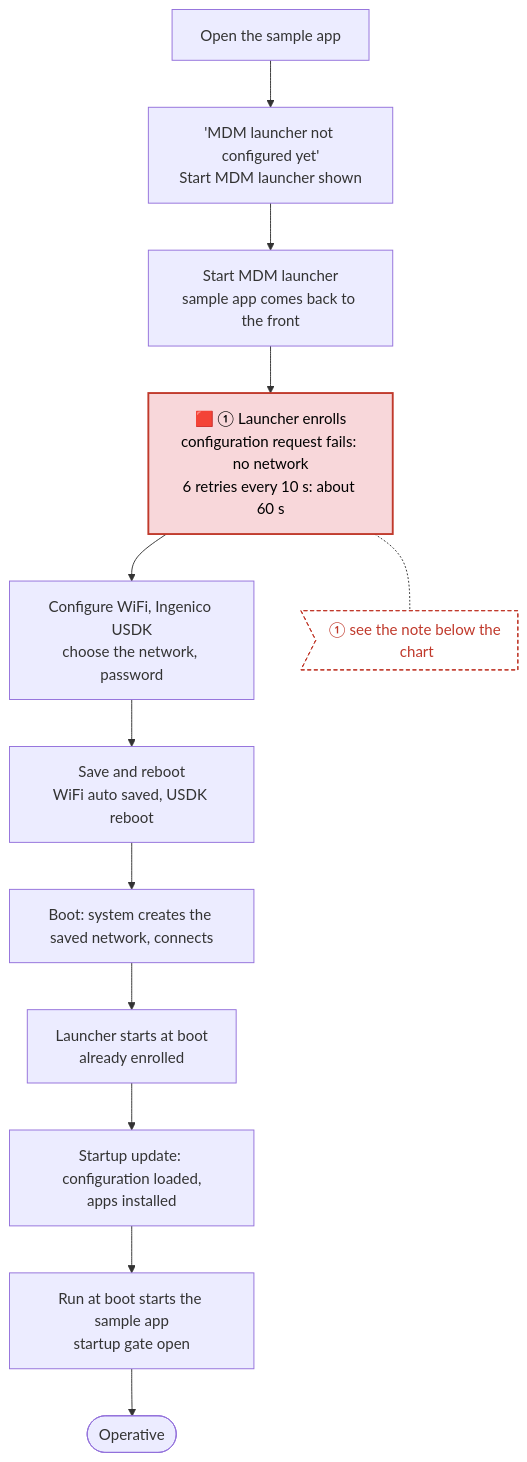
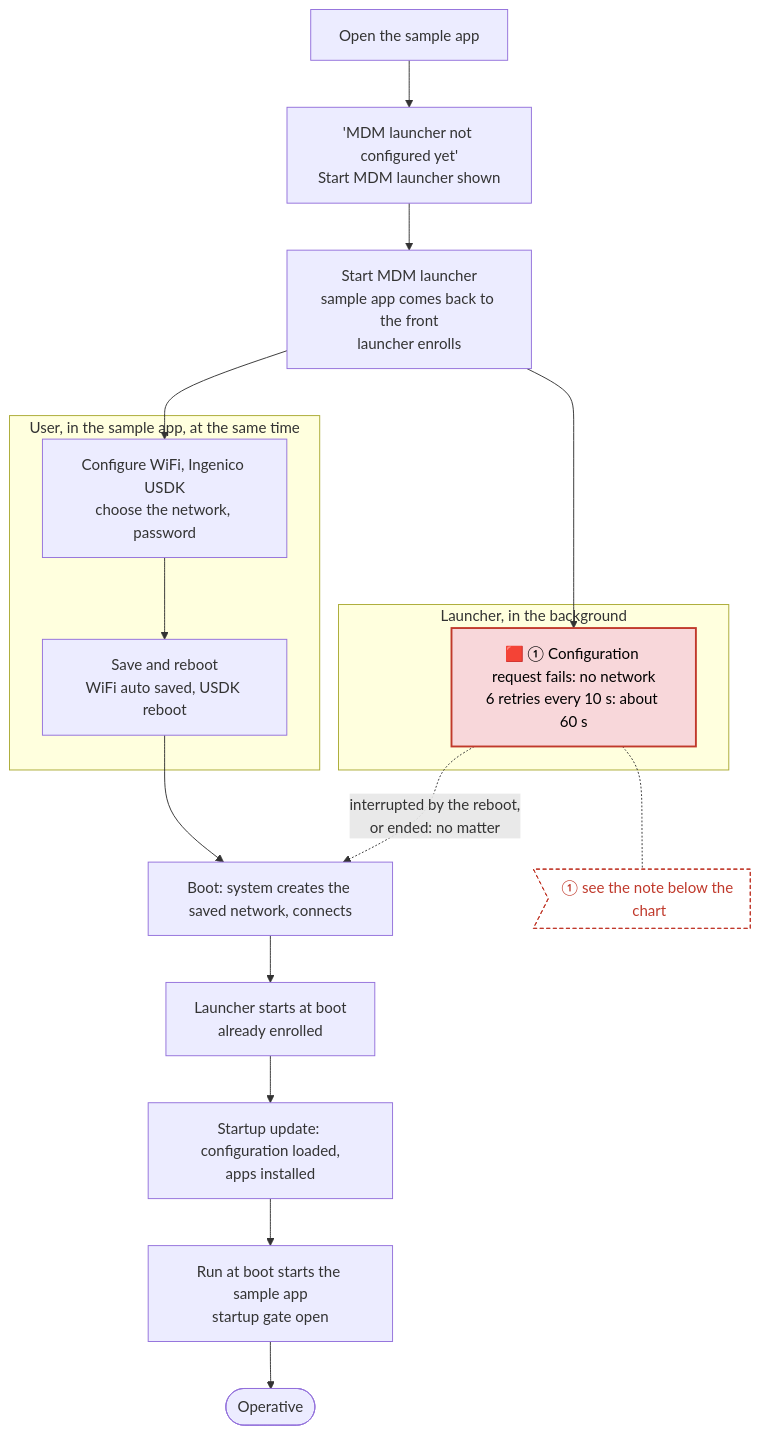
The third of 4 diagrams in docs/wifi-setup.md (rch-fw/HmdmChangeDeviceNumber), drawn with Mermaid before and after one commit. The commit also changed other lines of this file, not shown here.

Commit message:
Docs: show Configure WiFi in parallel with the launcher's retries in procedure 1, optimized

````diff
--- a/docs/wifi-setup.md
+++ b/docs/wifi-setup.md
@@ -201,18 +201,23 @@
 ```mermaid
 flowchart TD
     A[Open the sample app] --> B['MDM launcher not configured yet'<br/>Start MDM launcher shown]
-    B --> C[Start MDM launcher<br/>sample app comes back to the front]
-    C --> D[🟥 ① Launcher enrolls<br/>configuration request fails: no network<br/>6 retries every 10 s: about 60 s]
-    D --> E[Configure WiFi, Ingenico USDK<br/>choose the network, password]
-    E --> F[Save and reboot<br/>WiFi auto saved, USDK reboot]
+    B --> C[Start MDM launcher<br/>sample app comes back to the front<br/>launcher enrolls]
+    C --> P1 & P2
+    subgraph L1 [Launcher, in the background]
+        P1[🟥 ① Configuration request fails: no network<br/>6 retries every 10 s: about 60 s]
+    end
+    subgraph U1 [User, in the sample app, at the same time]
+        P2[Configure WiFi, Ingenico USDK<br/>choose the network, password] --> F[Save and reboot<br/>WiFi auto saved, USDK reboot]
+    end
+    P1 -. interrupted by the reboot,<br/>or ended: no matter .-> G
     F --> G[Boot: system creates the saved network, connects]
     G --> H[Launcher starts at boot<br/>already enrolled]
     H --> I[Startup update: configuration loaded,<br/>apps installed]
     I --> J[Run at boot starts the sample app<br/>startup gate open]
     J --> K([Operative])
     classDef delay60 fill:#f8d7da,stroke:#c0392b,stroke-width:2px,color:#000
-    class D delay60
-    D -.- N1>"① see the note below the chart"]
+    class P1 delay60
+    P1 -.- N1>"① see the note below the chart"]
     class N1 note60
     classDef note60 fill:#fff,stroke:#c0392b,stroke-dasharray:4 3,color:#c0392b
 ```
````
